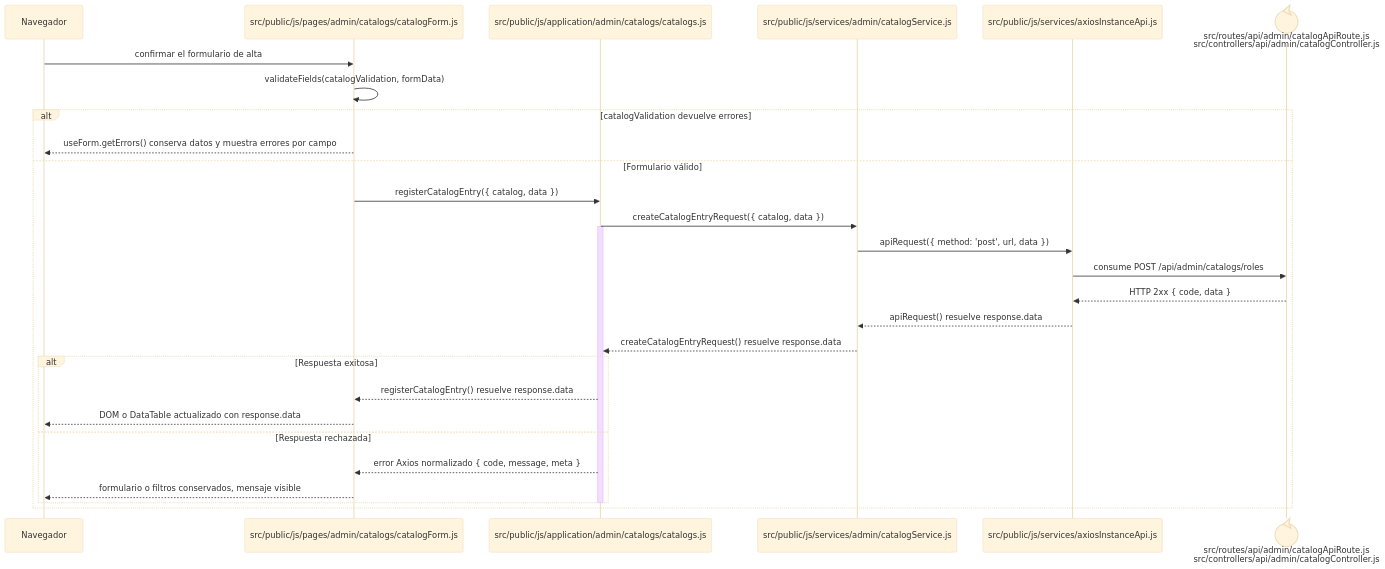
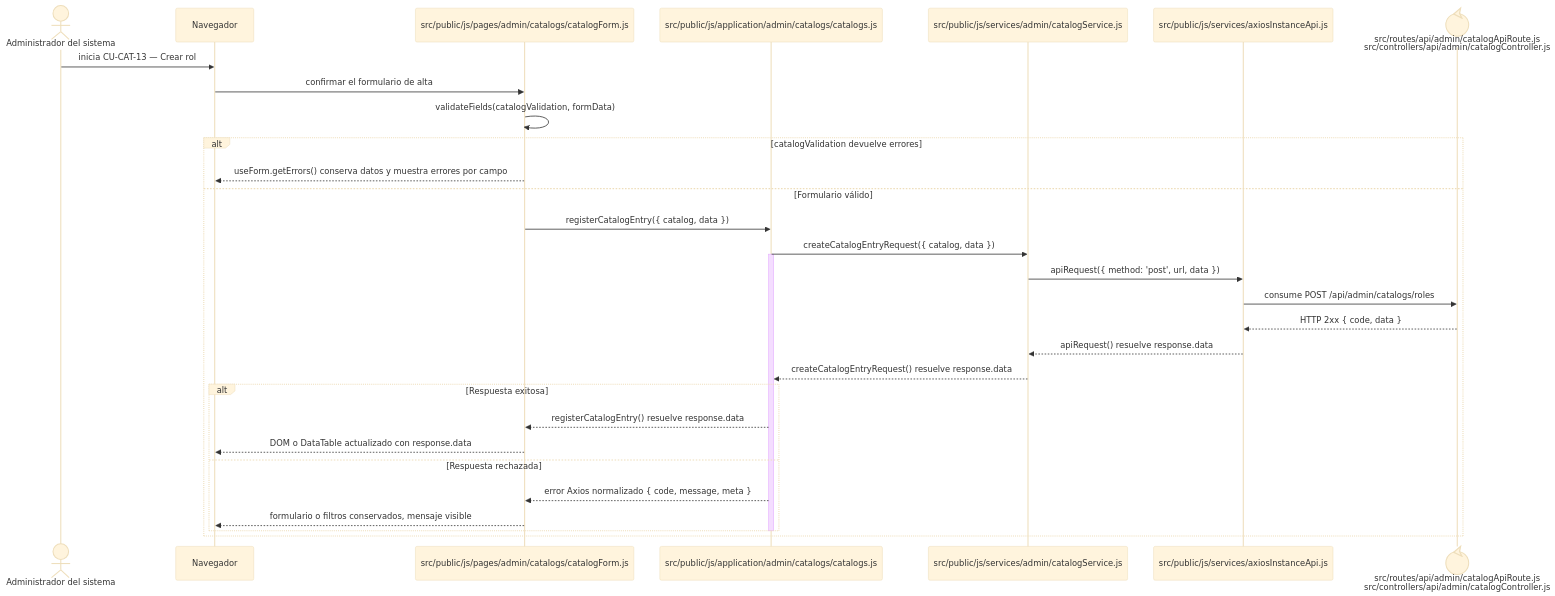
One commit to gpgsistemas01/nexus changed the diagram in docs/architecture/frontend-code-sequences/catalogs/cu-cat-13.md. Above: the diagram before and after it, drawn with Mermaid (base theme). The commit also changed 105 other files, not shown here.

````diff
--- a/docs/architecture/frontend-code-sequences/catalogs/cu-cat-13.md
+++ b/docs/architecture/frontend-code-sequences/catalogs/cu-cat-13.md
@@ -6,32 +6,34 @@
 ```mermaid
 sequenceDiagram
+    actor Initiator as Administrador del sistema
     participant Browser as Navegador
     participant View as src/public/js/pages/admin/catalogs/catalogForm.js
     participant Application as src/public/js/application/admin/catalogs/catalogs.js
     participant Request as src/public/js/services/admin/catalogService.js
     participant HTTP as src/public/js/services/axiosInstanceApi.js
     participant Transport@{ "type": "control" } as src/routes/api/admin/catalogApiRoute.js<br/>src/controllers/api/admin/catalogController.js
 
+    Initiator->>Browser: inicia CU-CAT-13 — Crear rol
     Browser->>View: confirmar el formulario de alta
     View->>View: validateFields(catalogValidation, formData)
     alt catalogValidation devuelve errores
         View-->>Browser: useForm.getErrors() conserva datos y muestra errores por campo
     else Formulario válido
         View->>Application: registerCatalogEntry({ catalog, data })
         Application->>Request: createCatalogEntryRequest({ catalog, data })
         activate Application
         Request->>HTTP: apiRequest({ method: 'post', url, data })
         HTTP->>Transport: consume POST /api/admin/catalogs/roles
         Transport-->>HTTP: HTTP 2xx { code, data }
         HTTP-->>Request: apiRequest() resuelve response.data
         Request-->>Application: createCatalogEntryRequest() resuelve response.data
         alt Respuesta exitosa
             Application-->>View: registerCatalogEntry() resuelve response.data
             View-->>Browser: DOM o DataTable actualizado con response.data
         else Respuesta rechazada
             Application-->>View: error Axios normalizado { code, message, meta }
             View-->>Browser: formulario o filtros conservados, mensaje visible
         end
         deactivate Application
     end
 ```
````
